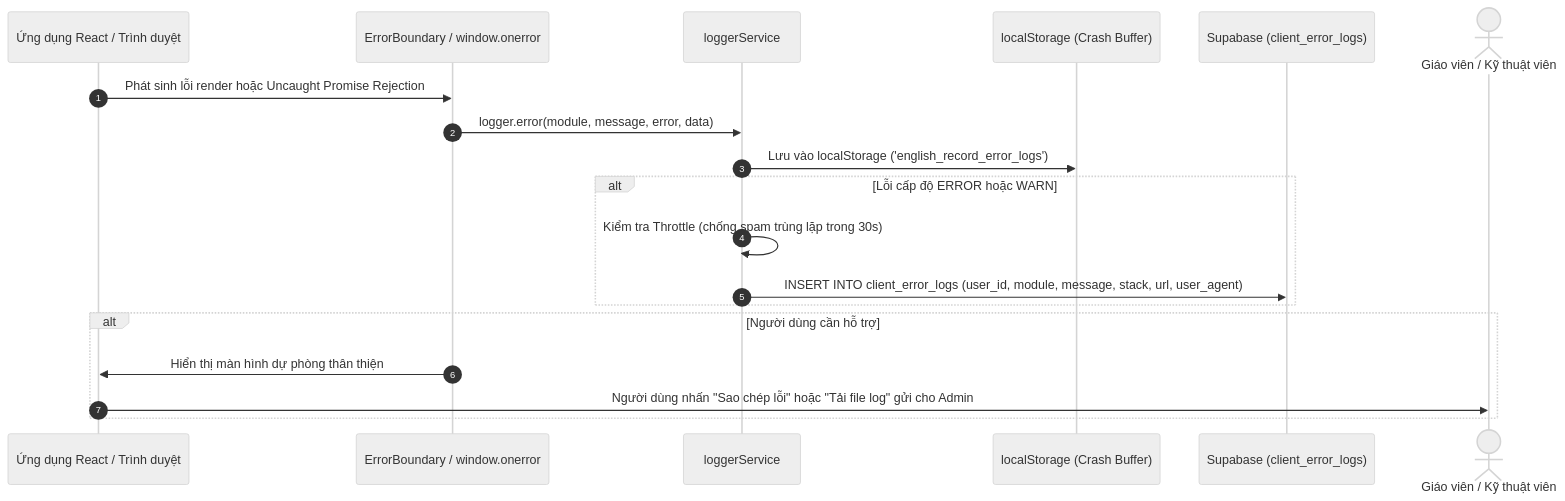
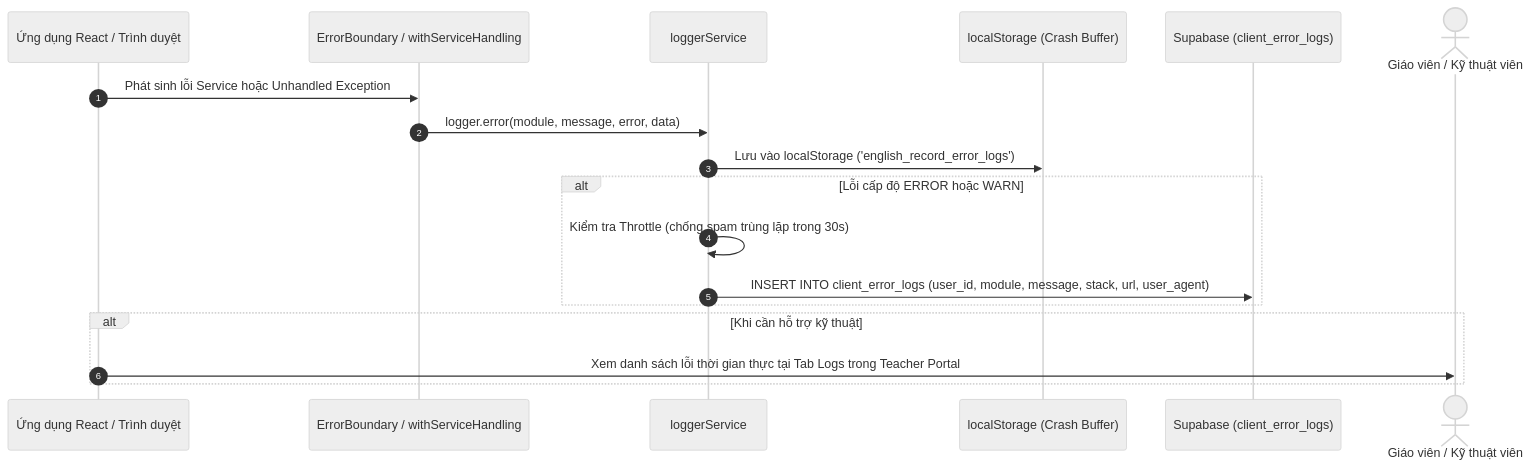
The eighth of 8 diagrams in docs/ENVIRONMENT_AND_DATA_FLOW.md (thanh-lv/english-record), drawn with Mermaid (neutral theme) before and after one commit. The commit also changed other lines of this file and 16 other files, not shown here.

````diff
--- a/docs/ENVIRONMENT_AND_DATA_FLOW.md
+++ b/docs/ENVIRONMENT_AND_DATA_FLOW.md
@@ -201,24 +260,23 @@
 ```mermaid
 sequenceDiagram
     autonumber
     participant App as Ứng dụng React / Trình duyệt
-    participant EB as ErrorBoundary / window.onerror
+    participant EB as ErrorBoundary / withServiceHandling
     participant Logger as loggerService
     participant Local as localStorage (Crash Buffer)
     participant DB as Supabase (client_error_logs)
     actor Admin as Giáo viên / Kỹ thuật viên
 
-    App->>EB: Phát sinh lỗi render hoặc Uncaught Promise Rejection
+    App->>EB: Phát sinh lỗi Service hoặc Unhandled Exception
     EB->>Logger: logger.error(module, message, error, data)
     Logger->>Local: Lưu vào localStorage ('english_record_error_logs')
     
     alt Lỗi cấp độ ERROR hoặc WARN
         Logger->>Logger: Kiểm tra Throttle (chống spam trùng lặp trong 30s)
         Logger->>DB: INSERT INTO client_error_logs (user_id, module, message, stack, url, user_agent)
     end
 
-    alt Người dùng cần hỗ trợ
-        EB->>App: Hiển thị màn hình dự phòng thân thiện
-        App->>Admin: Người dùng nhấn "Sao chép lỗi" hoặc "Tải file log" gửi cho Admin
+    alt Khi cần hỗ trợ kỹ thuật
+        App->>Admin: Xem danh sách lỗi thời gian thực tại Tab Logs trong Teacher Portal
     end
 ```
````
